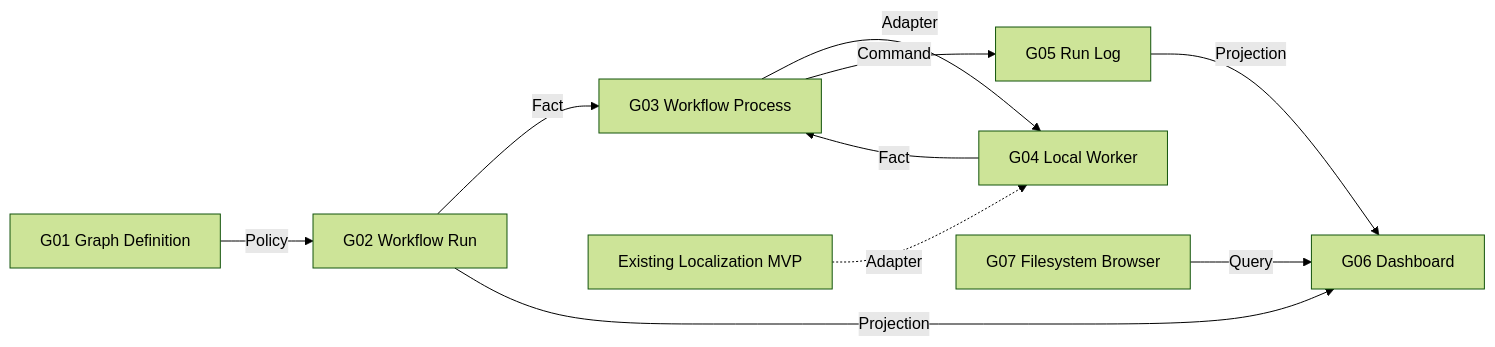
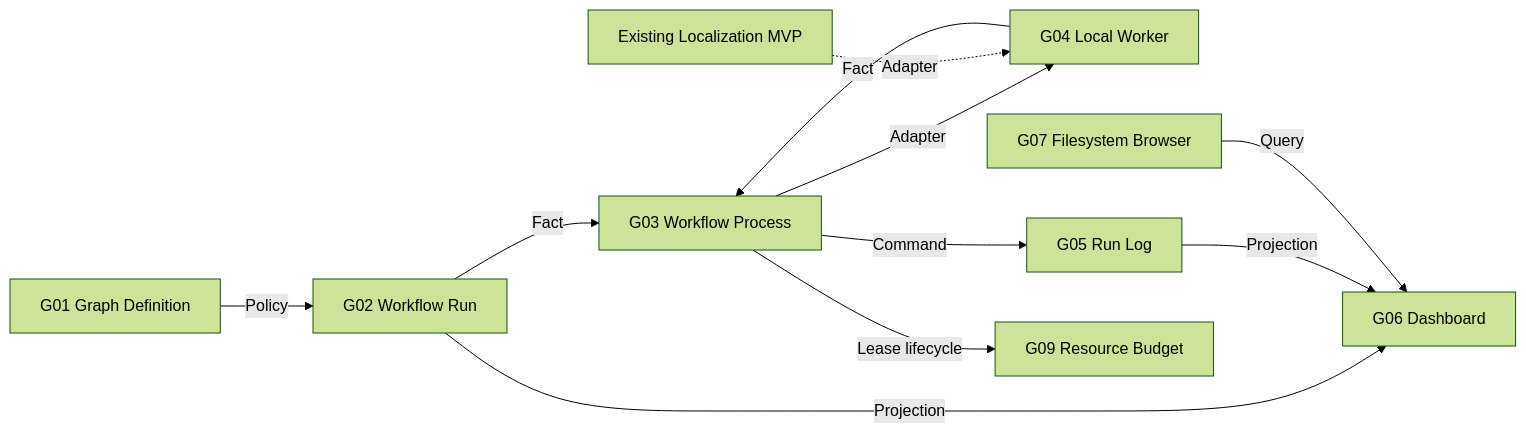
Before and after one commit to wohuishuo/cc-video-pipeline: the diagram in docs/project/evidence/video-graph-studio/capability-dag.md, drawn with Mermaid (forest theme). The commit also changed other lines of this file and 38 other files, not shown here.

````diff
--- a/docs/project/evidence/video-graph-studio/capability-dag.md
+++ b/docs/project/evidence/video-graph-studio/capability-dag.md
@@ -3,12 +3,13 @@
 ```mermaid
 flowchart LR
     G["G01 Graph Definition"] -->|Policy| R["G02 Workflow Run"]
     R -->|Fact| P["G03 Workflow Process"]
     P -->|Adapter| W["G04 Local Worker"]
     W -->|Fact| P
     P -->|Command| L["G05 Run Log"]
     R -->|Projection| D["G06 Dashboard"]
     L -->|Projection| D
     F["G07 Filesystem Browser"] -->|Query| D
     E["Existing Localization MVP"] -. Adapter .-> W
+    P -->|Lease lifecycle| B["G09 Resource Budget"]
 ```
````
